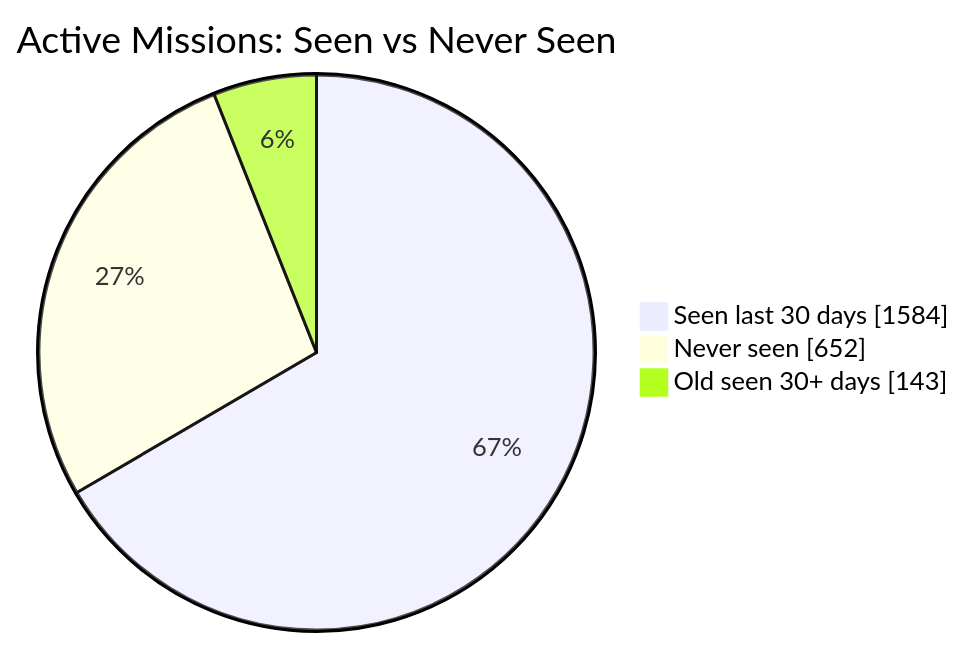
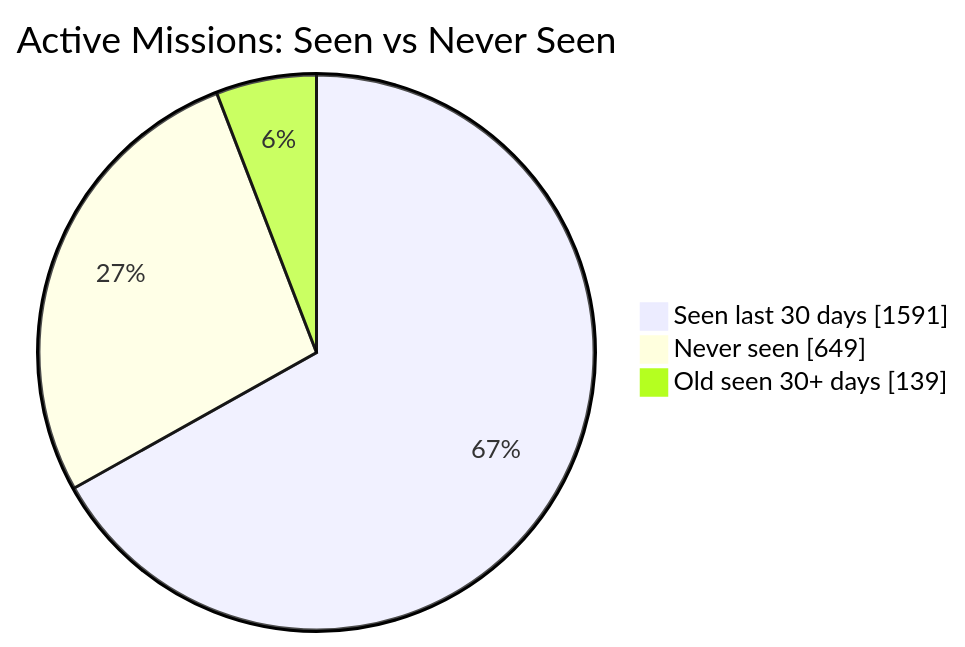
One commit to MeldkamerspelGameTeam/active-missions changed the first of 2 diagrams in README.md. Above: the diagram before and after it, drawn with Mermaid. The commit also changed other lines of this file and 10 other files, not shown here.

````diff
--- a/README.md
+++ b/README.md
@@ -34,7 +34,7 @@
 ```mermaid
 pie showData
     title Active Missions: Seen vs Never Seen
-    "Seen last 30 days" : 1584
-    "Never seen" : 652
-    "Old seen 30+ days" : 143
+    "Seen last 30 days" : 1591
+    "Never seen" : 649
+    "Old seen 30+ days" : 139
 ```
````
